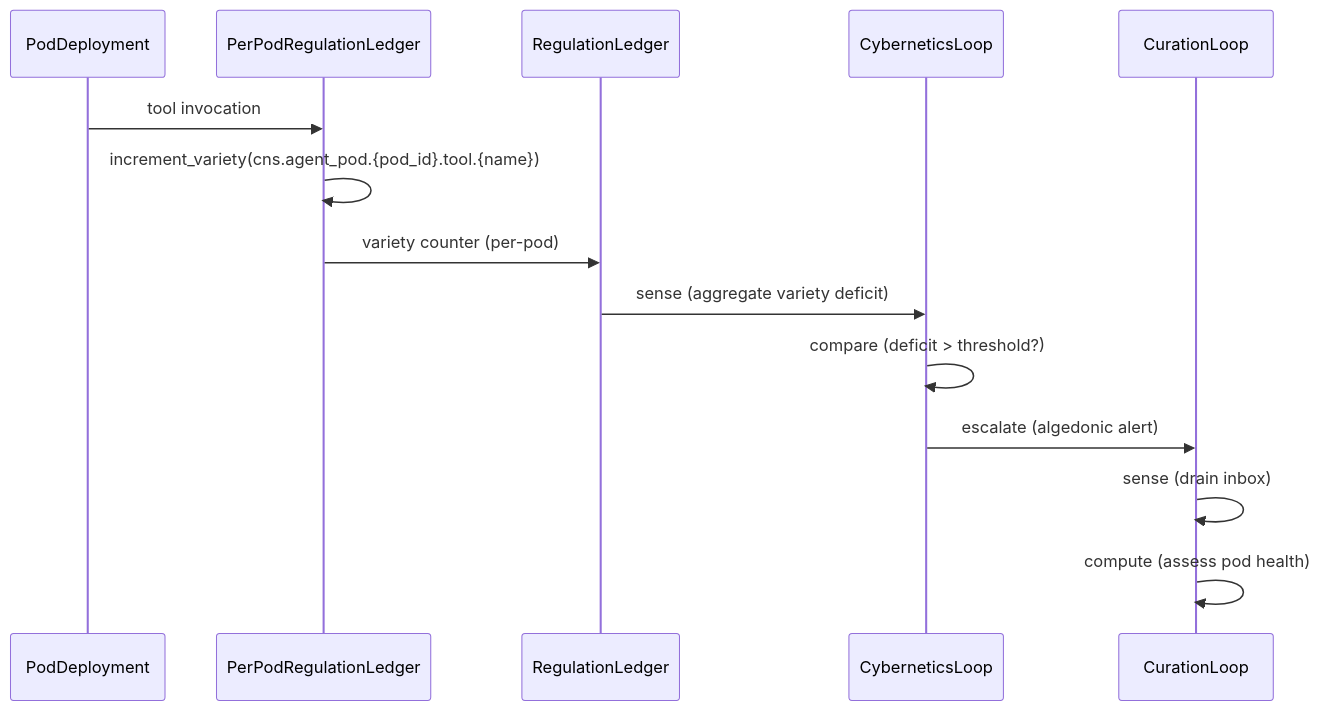
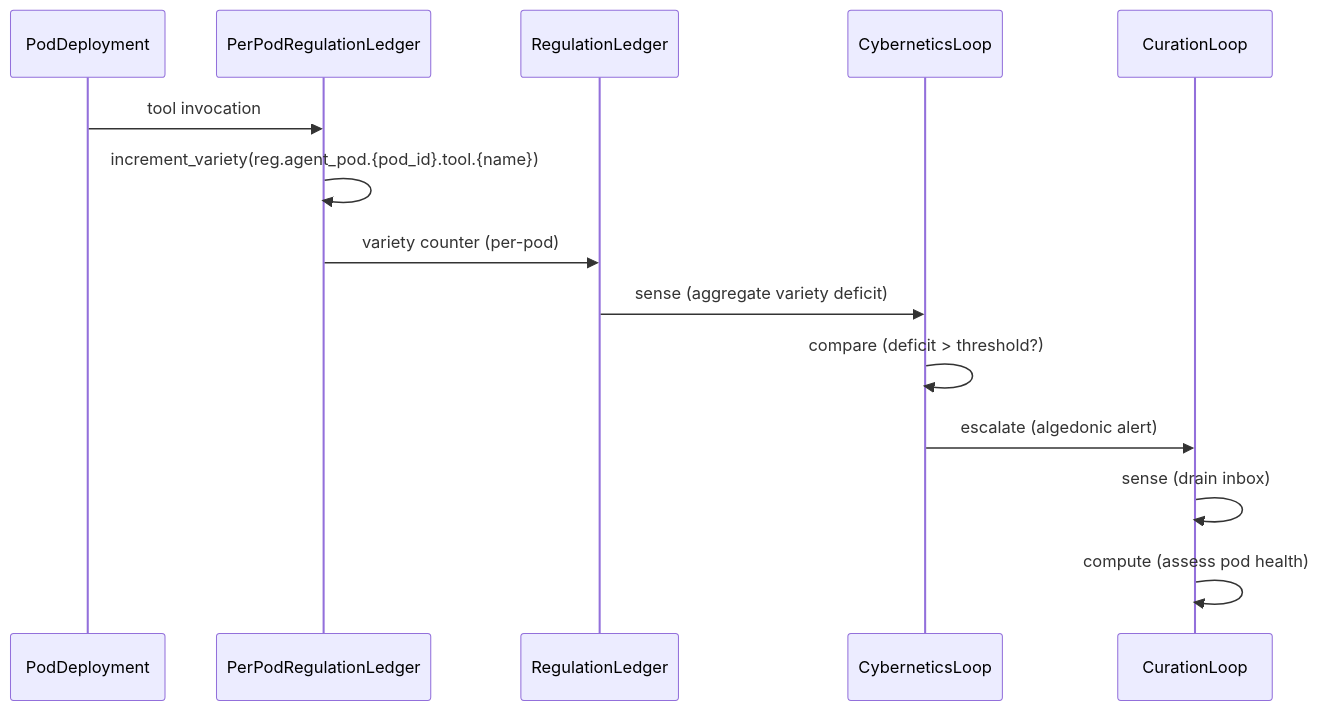
Before and after one commit to mdz-axo/hKask: the sixth of 6 diagrams in docs/architecture/core/toyota-kata-cybernetic-mapping.md, drawn with Mermaid. The commit also changed other lines of this file and 68 other files, not shown here.

````diff
--- a/docs/architecture/core/toyota-kata-cybernetic-mapping.md
+++ b/docs/architecture/core/toyota-kata-cybernetic-mapping.md
@@ -399,17 +399,17 @@
 ```mermaid
 sequenceDiagram
     participant PD as PodDeployment
     participant PCNS as PerPodRegulationLedger
     participant CR as RegulationLedger
     participant CL as CyberneticsLoop
     participant CUL as CurationLoop
 
     PD->>PCNS: tool invocation
-    PCNS->>PCNS: increment_variety(cns.agent_pod.{pod_id}.tool.{name})
+    PCNS->>PCNS: increment_variety(reg.agent_pod.{pod_id}.tool.{name})
     PCNS->>CR: variety counter (per-pod)
     CR->>CL: sense (aggregate variety deficit)
     CL->>CL: compare (deficit > threshold?)
     CL->>CUL: escalate (algedonic alert)
     CUL->>CUL: sense (drain inbox)
     CUL->>CUL: compute (assess pod health)
 ```
````
